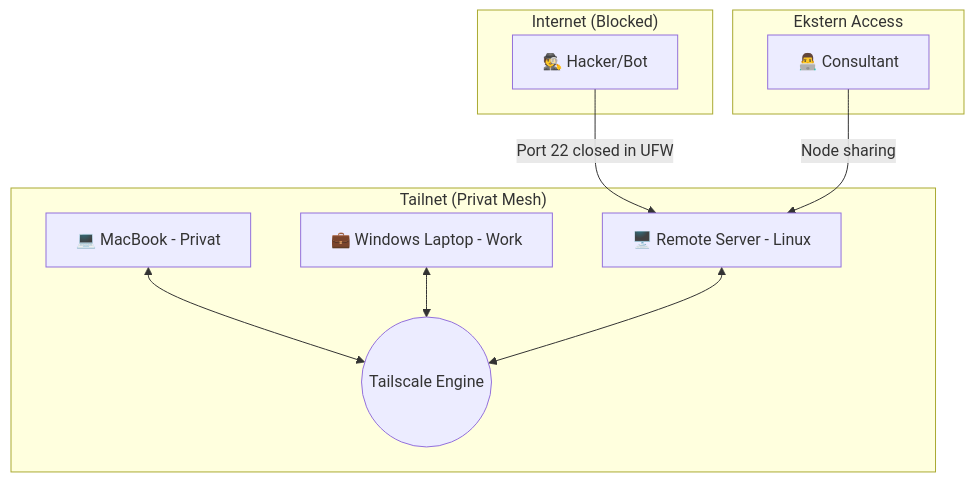
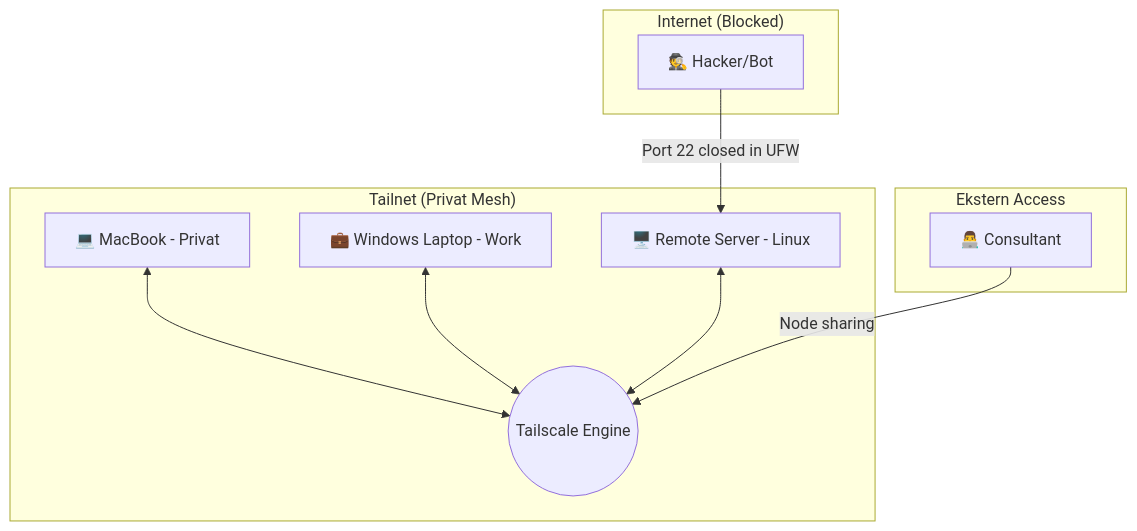
One commit to teejay2018/teejay2018.github.io changed the diagram in _posts/2026-02-05-tailscale-setup.md. Above: the diagram before and after it, drawn with Mermaid.

Commit message:
adjust diagram

````diff
--- a/_posts/2026-02-05-tailscale-setup.md
+++ b/_posts/2026-02-05-tailscale-setup.md
@@ -20,16 +20,16 @@
 ```mermaid
 graph TD
     subgraph "Tailnet (Privat Mesh)"
         MB[💻 MacBook - Privat] <--> TS((Tailscale Engine))
         WP[💼 Windows Laptop - Work] <--> TS
         RS[🖥️ Remote Server - Linux] <--> TS
 	end 
 
     subgraph "Internet (Blocked)"
         Hacker[🕵️ Hacker/Bot] --Port 22 closed in UFW --> RS
     end
 
     subgraph "Ekstern Access"
-        CON[👨‍💻 Consultant] -- Node sharing --> RS
+        CON[👨‍💻 Consultant] -- Node sharing --> TS
     end
 ```
````
